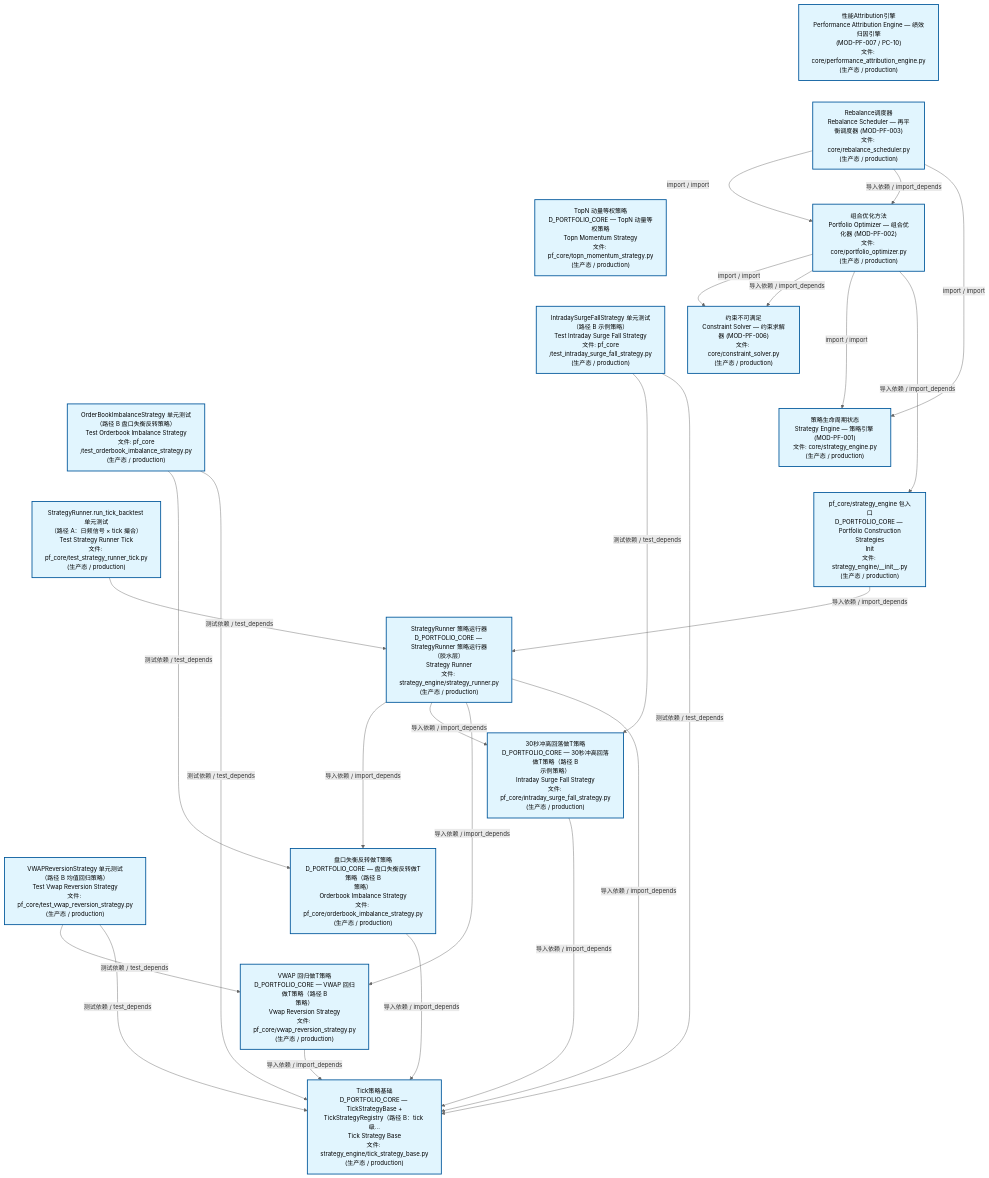
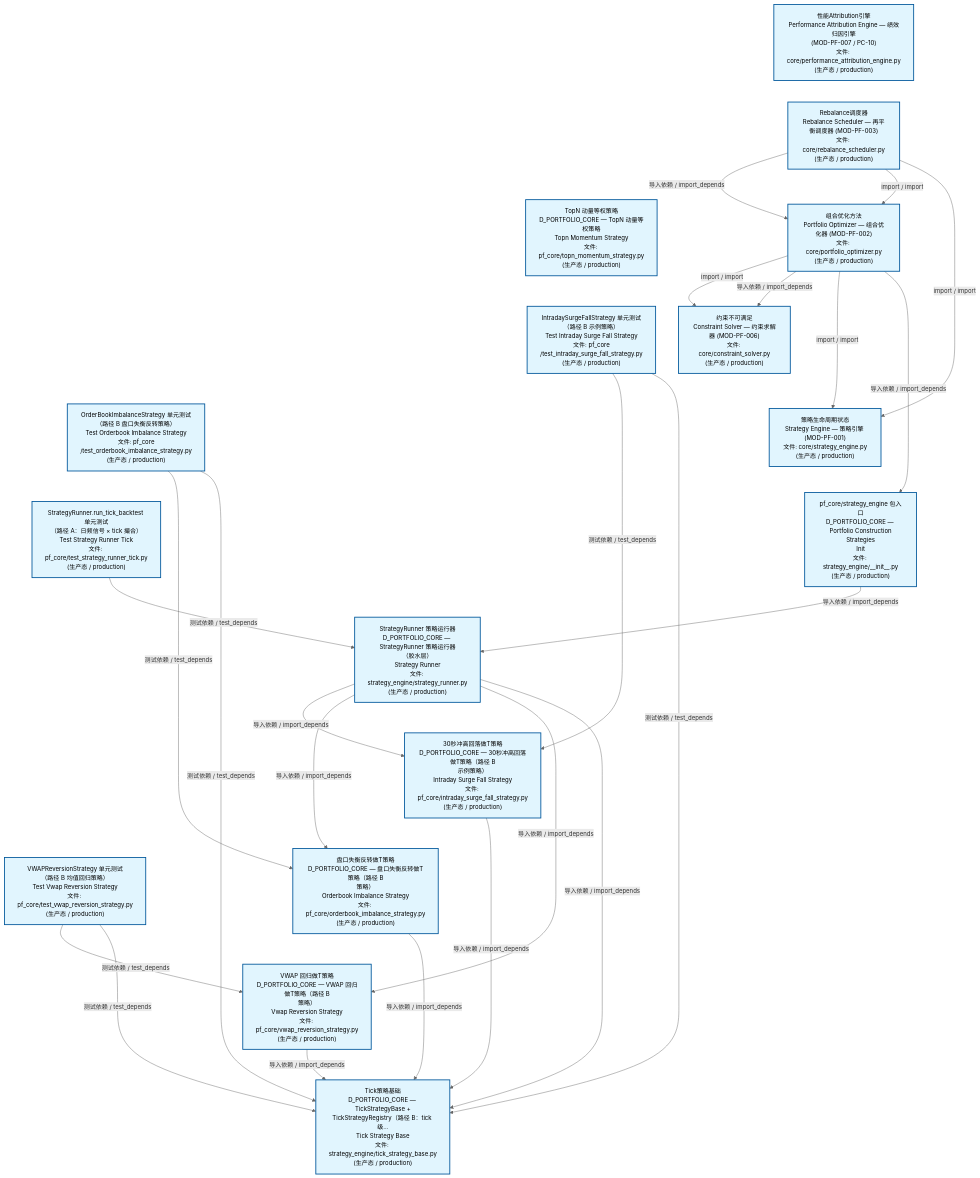
The second of 3 diagrams in docs/02_enterprise_architecture/02_domain_architecture_docs/63_d_pf_core.md (xuanFelixVan/ZephyrAlpha), drawn with Mermaid before and after one commit. The commit also changed other lines of this file and 48 other files, not shown here.

````diff
--- a/docs/02_enterprise_architecture/02_domain_architecture_docs/63_d_pf_core.md
+++ b/docs/02_enterprise_architecture/02_domain_architecture_docs/63_d_pf_core.md
@@ -140,57 +140,57 @@
 ```mermaid
 %%{init: {'theme': 'base', 'themeVariables': {'primaryColor': '#eaeaea', 'primaryTextColor': '#333333', 'primaryBorderColor': '#666666', 'lineColor': '#666666', 'secondaryColor': '#eaeaea', 'tertiaryColor': '#eaeaea', 'fontSize': '14px'}}}%%
 flowchart TD
     src_zephyr_pf_core_core_performance_attribution_engine_py["性能Attribution引擎<br/>Performance Attribution Engine — 绩效归因引擎<br/>(MOD-PF-007 / PC-10)<br/>文件: core/performance_attribution_engine.py<br/>(生产态 / production)"]
     src_zephyr_pf_core_core_rebalance_scheduler_py["Rebalance调度器<br/>Rebalance Scheduler — 再平衡调度器 (MOD-PF-003)<br/>文件: core/rebalance_scheduler.py<br/>(生产态 / production)"]
     src_zephyr_pf_core_topn_momentum_strategy_py["TopN 动量等权策略<br/>D_PORTFOLIO_CORE — TopN 动量等权策略<br/>Topn Momentum Strategy<br/>文件: pf_core/topn_momentum_strategy.py<br/>(生产态 / production)"]
     tests_pf_core_test_intraday_surge_fall_strategy_py["IntradaySurgeFallStrategy 单元测试<br/>（路径 B 示例策略）<br/>Test Intraday Surge Fall Strategy<br/>文件: pf_core<br/>/test_intraday_surge_fall_strategy.py<br/>(生产态 / production)"]
     tests_pf_core_test_orderbook_imbalance_strategy_py["OrderBookImbalanceStrategy 单元测试<br/>（路径 B 盘口失衡反转策略）<br/>Test Orderbook Imbalance Strategy<br/>文件: pf_core<br/>/test_orderbook_imbalance_strategy.py<br/>(生产态 / production)"]
     tests_pf_core_test_strategy_runner_tick_py["StrategyRunner.run_tick_backtest 单元测试<br/>（路径 A：日频信号 × tick 撮合）<br/>Test Strategy Runner Tick<br/>文件: pf_core/test_strategy_runner_tick.py<br/>(生产态 / production)"]
     tests_pf_core_test_vwap_reversion_strategy_py["VWAPReversionStrategy 单元测试<br/>（路径 B 均值回归策略）<br/>Test Vwap Reversion Strategy<br/>文件: pf_core/test_vwap_reversion_strategy.py<br/>(生产态 / production)"]
     src_zephyr_pf_core_core_performance_attribution_engine_py ~~~ src_zephyr_pf_core_core_rebalance_scheduler_py
     src_zephyr_pf_core_core_rebalance_scheduler_py ~~~ src_zephyr_pf_core_topn_momentum_strategy_py
     src_zephyr_pf_core_topn_momentum_strategy_py ~~~ tests_pf_core_test_intraday_surge_fall_strategy_py
     tests_pf_core_test_intraday_surge_fall_strategy_py ~~~ tests_pf_core_test_orderbook_imbalance_strategy_py
     tests_pf_core_test_orderbook_imbalance_strategy_py ~~~ tests_pf_core_test_strategy_runner_tick_py
     tests_pf_core_test_strategy_runner_tick_py ~~~ tests_pf_core_test_vwap_reversion_strategy_py
     src_zephyr_pf_core_core_portfolio_optimizer_py["组合优化方法<br/>Portfolio Optimizer — 组合优化器 (MOD-PF-002)<br/>文件: core/portfolio_optimizer.py<br/>(生产态 / production)"]
     src_zephyr_pf_core_core_constraint_solver_py["约束不可满足<br/>Constraint Solver — 约束求解器 (MOD-PF-006)<br/>文件: core/constraint_solver.py<br/>(生产态 / production)"]
     src_zephyr_pf_core_core_strategy_engine_py["策略生命周期状态<br/>Strategy Engine — 策略引擎 (MOD-PF-001)<br/>文件: core/strategy_engine.py<br/>(生产态 / production)"]
     src_zephyr_pf_core_strategy_engine_init_py["pf_core/strategy_engine 包入口<br/>D_PORTFOLIO_CORE — Portfolio Construction<br/>Strategies<br/>Init<br/>文件: strategy_engine/__init__.py<br/>(生产态 / production)"]
     src_zephyr_pf_core_core_constraint_solver_py ~~~ src_zephyr_pf_core_core_strategy_engine_py
     src_zephyr_pf_core_core_strategy_engine_py ~~~ src_zephyr_pf_core_strategy_engine_init_py
     src_zephyr_pf_core_strategy_engine_strategy_runner_py["StrategyRunner 策略运行器<br/>D_PORTFOLIO_CORE — StrategyRunner 策略运行器<br/>（胶水层）<br/>Strategy Runner<br/>文件: strategy_engine/strategy_runner.py<br/>(生产态 / production)"]
     src_zephyr_pf_core_intraday_surge_fall_strategy_py["30秒冲高回落做T策略<br/>D_PORTFOLIO_CORE — 30秒冲高回落做T策略（路径 B<br/>示例策略）<br/>Intraday Surge Fall Strategy<br/>文件: pf_core/intraday_surge_fall_strategy.py<br/>(生产态 / production)"]
     src_zephyr_pf_core_orderbook_imbalance_strategy_py["盘口失衡反转做T策略<br/>D_PORTFOLIO_CORE — 盘口失衡反转做T策略（路径 B<br/>策略）<br/>Orderbook Imbalance Strategy<br/>文件: pf_core/orderbook_imbalance_strategy.py<br/>(生产态 / production)"]
     src_zephyr_pf_core_vwap_reversion_strategy_py["VWAP 回归做T策略<br/>D_PORTFOLIO_CORE — VWAP 回归做T策略（路径 B<br/>策略）<br/>Vwap Reversion Strategy<br/>文件: pf_core/vwap_reversion_strategy.py<br/>(生产态 / production)"]
     src_zephyr_pf_core_intraday_surge_fall_strategy_py ~~~ src_zephyr_pf_core_orderbook_imbalance_strategy_py
     src_zephyr_pf_core_orderbook_imbalance_strategy_py ~~~ src_zephyr_pf_core_vwap_reversion_strategy_py
     src_zephyr_pf_core_strategy_engine_tick_strategy_base_py["Tick策略基础<br/>D_PORTFOLIO_CORE — TickStrategyBase +<br/>TickStrategyRegistry（路径 B：tick 级...<br/>Tick Strategy Base<br/>文件: strategy_engine/tick_strategy_base.py<br/>(生产态 / production)"]
+    src_zephyr_pf_core_intraday_surge_fall_strategy_py -->|导入依赖 / import_depends| src_zephyr_pf_core_strategy_engine_tick_strategy_base_py
     src_zephyr_pf_core_orderbook_imbalance_strategy_py -->|导入依赖 / import_depends| src_zephyr_pf_core_strategy_engine_tick_strategy_base_py
-    src_zephyr_pf_core_intraday_surge_fall_strategy_py -->|导入依赖 / import_depends| src_zephyr_pf_core_strategy_engine_tick_strategy_base_py
     src_zephyr_pf_core_vwap_reversion_strategy_py -->|导入依赖 / import_depends| src_zephyr_pf_core_strategy_engine_tick_strategy_base_py
+    src_zephyr_pf_core_core_rebalance_scheduler_py -->|导入依赖 / import_depends| src_zephyr_pf_core_core_portfolio_optimizer_py
+    src_zephyr_pf_core_core_rebalance_scheduler_py -->|import / import| src_zephyr_pf_core_core_portfolio_optimizer_py
+    src_zephyr_pf_core_core_rebalance_scheduler_py -->|import / import| src_zephyr_pf_core_core_strategy_engine_py
+    src_zephyr_pf_core_strategy_engine_strategy_runner_py -->|导入依赖 / import_depends| src_zephyr_pf_core_intraday_surge_fall_strategy_py
+    src_zephyr_pf_core_strategy_engine_strategy_runner_py -->|导入依赖 / import_depends| src_zephyr_pf_core_orderbook_imbalance_strategy_py
+    src_zephyr_pf_core_strategy_engine_strategy_runner_py -->|导入依赖 / import_depends| src_zephyr_pf_core_vwap_reversion_strategy_py
+    src_zephyr_pf_core_strategy_engine_strategy_runner_py -->|导入依赖 / import_depends| src_zephyr_pf_core_strategy_engine_tick_strategy_base_py
     src_zephyr_pf_core_core_portfolio_optimizer_py -->|import / import| src_zephyr_pf_core_core_constraint_solver_py
     src_zephyr_pf_core_core_portfolio_optimizer_py -->|导入依赖 / import_depends| src_zephyr_pf_core_core_constraint_solver_py
     src_zephyr_pf_core_core_portfolio_optimizer_py -->|import / import| src_zephyr_pf_core_core_strategy_engine_py
     src_zephyr_pf_core_core_portfolio_optimizer_py -->|导入依赖 / import_depends| src_zephyr_pf_core_strategy_engine_init_py
-    src_zephyr_pf_core_core_rebalance_scheduler_py -->|import / import| src_zephyr_pf_core_core_portfolio_optimizer_py
-    src_zephyr_pf_core_core_rebalance_scheduler_py -->|导入依赖 / import_depends| src_zephyr_pf_core_core_portfolio_optimizer_py
-    src_zephyr_pf_core_core_rebalance_scheduler_py -->|import / import| src_zephyr_pf_core_core_strategy_engine_py
     src_zephyr_pf_core_strategy_engine_init_py -->|导入依赖 / import_depends| src_zephyr_pf_core_strategy_engine_strategy_runner_py
-    src_zephyr_pf_core_strategy_engine_strategy_runner_py -->|导入依赖 / import_depends| src_zephyr_pf_core_orderbook_imbalance_strategy_py
-    src_zephyr_pf_core_strategy_engine_strategy_runner_py -->|导入依赖 / import_depends| src_zephyr_pf_core_intraday_surge_fall_strategy_py
-    src_zephyr_pf_core_strategy_engine_strategy_runner_py -->|导入依赖 / import_depends| src_zephyr_pf_core_vwap_reversion_strategy_py
-    src_zephyr_pf_core_strategy_engine_strategy_runner_py -->|导入依赖 / import_depends| src_zephyr_pf_core_strategy_engine_tick_strategy_base_py
     tests_pf_core_test_intraday_surge_fall_strategy_py -->|测试依赖 / test_depends| src_zephyr_pf_core_intraday_surge_fall_strategy_py
     tests_pf_core_test_intraday_surge_fall_strategy_py -->|测试依赖 / test_depends| src_zephyr_pf_core_strategy_engine_tick_strategy_base_py
     tests_pf_core_test_orderbook_imbalance_strategy_py -->|测试依赖 / test_depends| src_zephyr_pf_core_orderbook_imbalance_strategy_py
     tests_pf_core_test_orderbook_imbalance_strategy_py -->|测试依赖 / test_depends| src_zephyr_pf_core_strategy_engine_tick_strategy_base_py
+    tests_pf_core_test_strategy_runner_tick_py -->|测试依赖 / test_depends| src_zephyr_pf_core_strategy_engine_strategy_runner_py
     tests_pf_core_test_vwap_reversion_strategy_py -->|测试依赖 / test_depends| src_zephyr_pf_core_vwap_reversion_strategy_py
     tests_pf_core_test_vwap_reversion_strategy_py -->|测试依赖 / test_depends| src_zephyr_pf_core_strategy_engine_tick_strategy_base_py
-    tests_pf_core_test_strategy_runner_tick_py -->|测试依赖 / test_depends| src_zephyr_pf_core_strategy_engine_strategy_runner_py
     classDef production fill:#e1f5fe,stroke:#01579b,stroke-width:2px,color:#000
     classDef design fill:#fff3e0,stroke:#e65100,stroke-width:2px,color:#000,stroke-dasharray: 5 5
     classDef external_prod fill:#e8f4fd,stroke:#0277bd,stroke-width:1px,color:#000
     classDef external_design fill:#fff8e7,stroke:#ef6c00,stroke-width:1px,color:#000,stroke-dasharray: 5 5
     class src_zephyr_pf_core_core_constraint_solver_py,src_zephyr_pf_core_core_performance_attribution_engine_py,src_zephyr_pf_core_core_portfolio_optimizer_py,src_zephyr_pf_core_core_rebalance_scheduler_py,src_zephyr_pf_core_core_strategy_engine_py,src_zephyr_pf_core_intraday_surge_fall_strategy_py,src_zephyr_pf_core_orderbook_imbalance_strategy_py,src_zephyr_pf_core_strategy_engine_init_py,src_zephyr_pf_core_strategy_engine_strategy_runner_py,src_zephyr_pf_core_strategy_engine_tick_strategy_base_py,src_zephyr_pf_core_topn_momentum_strategy_py,src_zephyr_pf_core_vwap_reversion_strategy_py,tests_pf_core_test_intraday_surge_fall_strategy_py,tests_pf_core_test_orderbook_imbalance_strategy_py,tests_pf_core_test_strategy_runner_tick_py,tests_pf_core_test_vwap_reversion_strategy_py production
 ```
````
